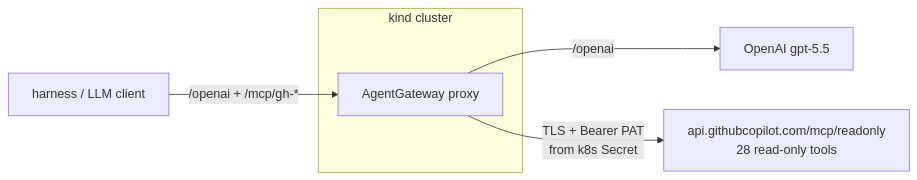
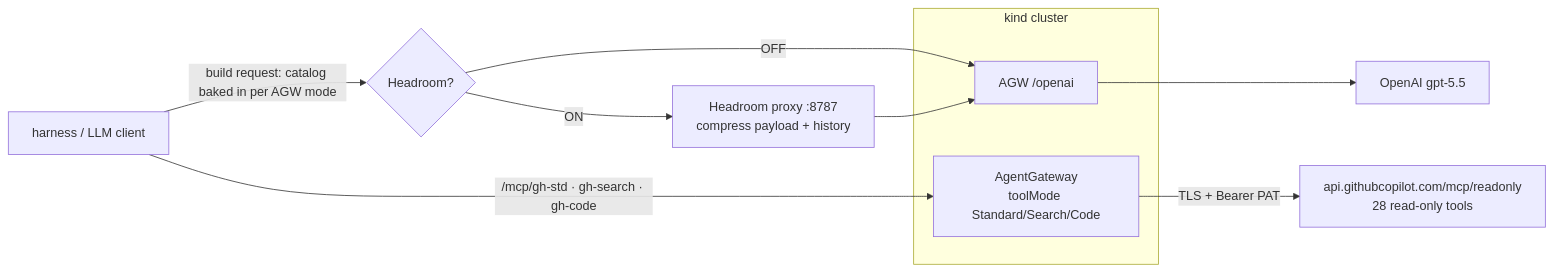
Before and after one commit to sebbycorp/agentgateway-demos: the diagram in 105-ent-headroom-comp-tokenomics/README.md, drawn with Mermaid. The commit also changed other lines of this file and 6 other files, not shown here.

````diff
--- a/105-ent-headroom-comp-tokenomics/README.md
+++ b/105-ent-headroom-comp-tokenomics/README.md
@@ -41,9 +31,14 @@
 ```mermaid
 flowchart LR
-    H[harness / LLM client] -->|/openai + /mcp/gh-*| G[AgentGateway proxy]
-    G -->|"/openai"| O[OpenAI gpt-5.5]
-    G -->|"TLS + Bearer PAT<br/>from k8s Secret"| GH[api.githubcopilot.com/mcp/readonly<br/>28 read-only tools]
+    H[harness / LLM client] -->|build request: catalog baked in per AGW mode| SW{Headroom?}
+    SW -->|OFF| O[AGW /openai]
+    SW -->|ON| HR[Headroom proxy :8787<br/>compress payload + history]
+    HR --> O
+    O --> LLM[OpenAI gpt-5.5]
+    H -->|/mcp/gh-std · gh-search · gh-code| G[AgentGateway<br/>toolMode Standard/Search/Code]
+    G -->|TLS + Bearer PAT| GH[api.githubcopilot.com/mcp/readonly<br/>28 read-only tools]
     subgraph kind cluster
+      O
       G
     end
 ```
````
